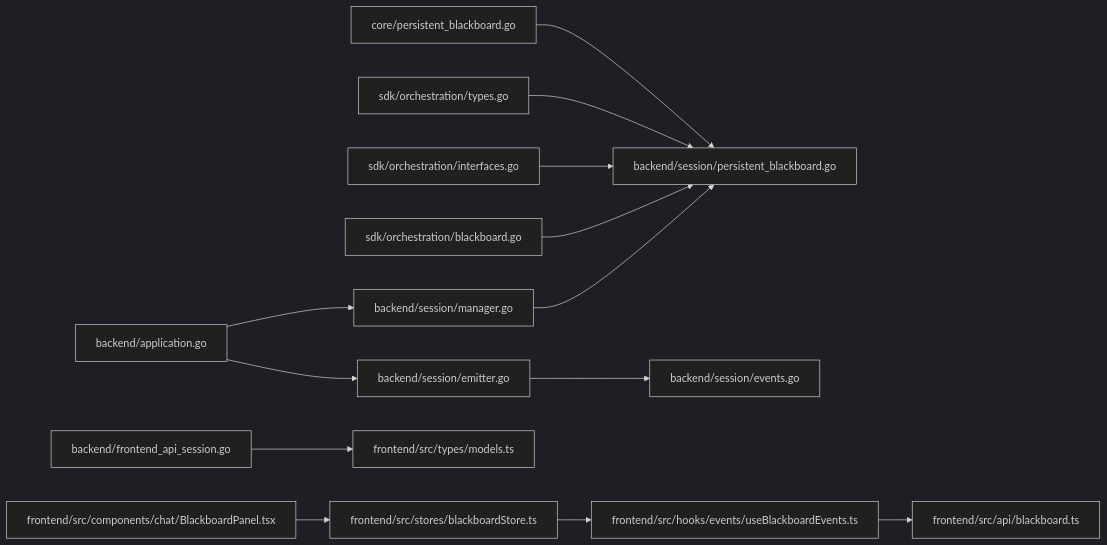
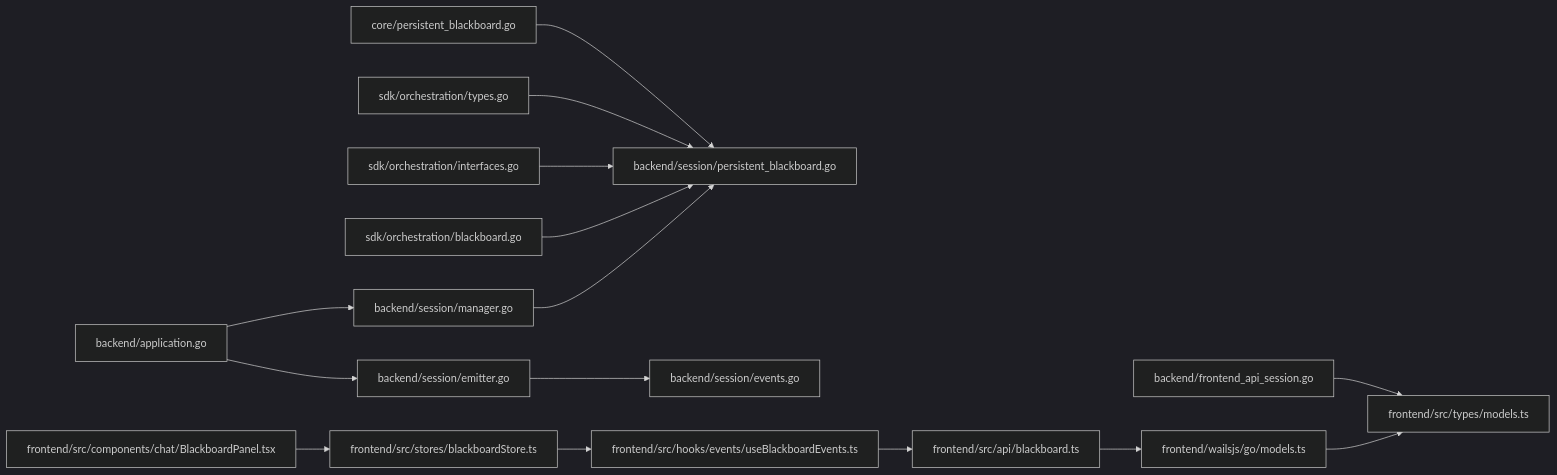
Before and after one commit to v0lka/c0wrk: diagram 11 of 11 in .qoder/repowiki/en/content/Memory and Context Management/Blackboard Architecture.md, drawn with Mermaid (dark theme). The commit also changed other lines of this file and 52 other files, not shown here.

````diff
--- a/.qoder/repowiki/en/content/Memory and Context Management/Blackboard Architecture.md
+++ b/.qoder/repowiki/en/content/Memory and Context Management/Blackboard Architecture.md
@@ -539,15 +698,17 @@
 ```mermaid
 graph LR
 CORE["core/persistent_blackboard.go"] --> BACK_SESS["backend/session/persistent_blackboard.go"]
 CORE_TYPES["sdk/orchestration/types.go"] --> BACK_SESS
 ORCH_INTF["sdk/orchestration/interfaces.go"] --> BACK_SESS
 ORCH_BB["sdk/orchestration/blackboard.go"] --> BACK_SESS
 BACK_APP["backend/application.go"] --> BACK_MGR["backend/session/manager.go"]
 BACK_MGR --> BACK_SESS
 BACK_EMM["backend/session/emitter.go"] --> BACK_EVT["backend/session/events.go"]
 BACK_APP --> BACK_EMM
 BACK_FE["backend/frontend_api_session.go"] --> FRONT_MODELS["frontend/src/types/models.ts"]
 FRONT_VIEW["frontend/src/components/chat/BlackboardPanel.tsx"] --> FRONT_STORE["frontend/src/stores/blackboardStore.ts"]
 FRONT_STORE --> FRONT_EVENTS["frontend/src/hooks/events/useBlackboardEvents.ts"]
 FRONT_EVENTS --> FRONT_API["frontend/src/api/blackboard.ts"]
+FRONT_API --> FRONT_WAILS["frontend/wailsjs/go/models.ts"]
+FRONT_WAILS --> FRONT_MODELS
 ```
````
